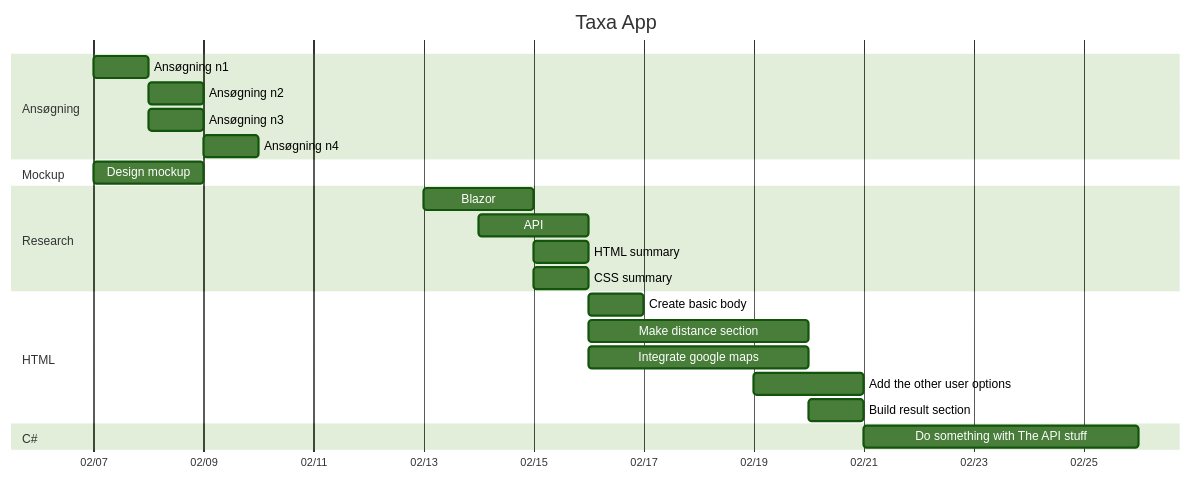
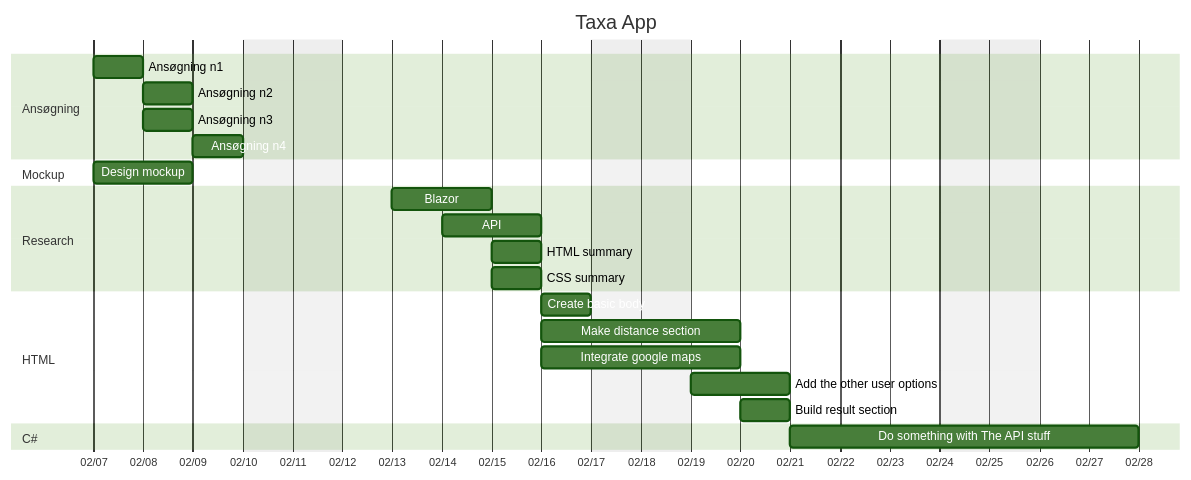
The diagram in README.md (Dyerag/Taxa-app), drawn with Mermaid (forest theme) before and after one commit.

````diff
--- a/README.md
+++ b/README.md
@@ -3,54 +3,58 @@
 ```mermaid
 
 gantt
 
     title Taxa App
 
     dateFormat DD-MM-YY
 
     axisFormat %m/%d
+
+    tickinterval 1day
+    excludes weekends
+
 
     section Ansøgning
 
     Ansøgning n1 : 07-02-24, 1d
 
     Ansøgning n2 : 08-02-24, 1d
 
     Ansøgning n3 : 08-02-24, 1d
 
     Ansøgning n4 : 09-02-24, 1d
 
 
     section Mockup
 
     Design mockup : 07-02-24, 2d
 
 
     section Research
 
     Blazor : 13-02-24, 2d
 
     API : 14-02-24, 2d
 
     HTML summary: 15-02-24, 1d
 
     CSS summary: 15-02-24, 1d
 
 
     section HTML
 
     Create basic body : 16-02-24, 1d
 
-    Make distance section : 16-02-24, 4d
+    Make distance section : 16-02-24, 2d
 
-    Integrate google maps : 16-02-24, 4d 
+    Integrate google maps : 16-02-24, 2d 
 
     Add the other user options : 19-02-24, 2d
 
     Build result section : 20-02-24, 1d
 
 
     Section C#
 
     Do something with The API stuff : 21-02-24, 5d
 ```
````
